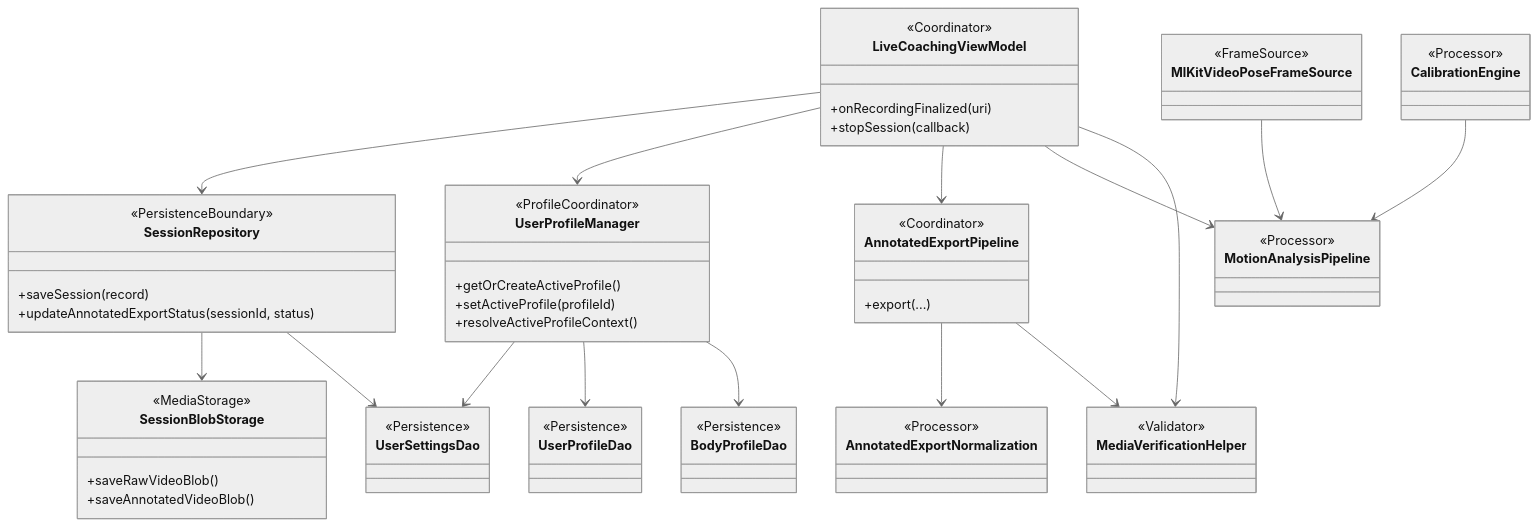
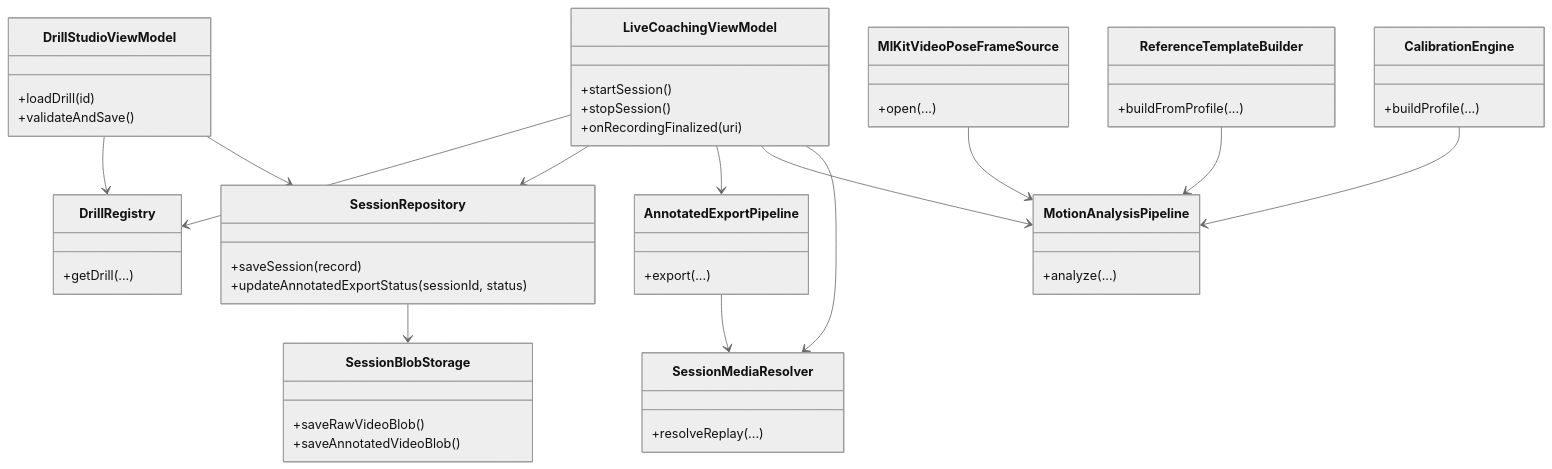
The diagram in docs/diagrams/class-diagram.md (Voycepeh/Handstand-App), drawn with Mermaid (neutral theme) before and after one commit. The commit also changed 14 other files, not shown here.

Commit message:
docs: realign repo docs and diagrams with current drill-centric workflows

````diff
--- a/docs/diagrams/class-diagram.md
+++ b/docs/diagrams/class-diagram.md
@@ -3,79 +3,54 @@
 ```mermaid
 classDiagram
-  class LiveCoachingViewModel {
-    <<Coordinator>>
-    +onRecordingFinalized(uri)
-    +stopSession(callback)
-  }
+    class LiveCoachingViewModel {
+      +startSession()
+      +stopSession()
+      +onRecordingFinalized(uri)
+    }
+    class DrillStudioViewModel {
+      +loadDrill(id)
+      +validateAndSave()
+    }
+    class SessionRepository {
+      +saveSession(record)
+      +updateAnnotatedExportStatus(sessionId, status)
+    }
+    class SessionBlobStorage {
+      +saveRawVideoBlob()
+      +saveAnnotatedVideoBlob()
+    }
+    class AnnotatedExportPipeline {
+      +export(...)
+    }
+    class SessionMediaResolver {
+      +resolveReplay(...)
+    }
+    class DrillRegistry {
+      +getDrill(...)
+    }
+    class ReferenceTemplateBuilder {
+      +buildFromProfile(...)
+    }
+    class MlKitVideoPoseFrameSource {
+      +open(...)
+    }
+    class MotionAnalysisPipeline {
+      +analyze(...)
+    }
+    class CalibrationEngine {
+      +buildProfile(...)
+    }
 
-  class SessionRepository {
-    <<PersistenceBoundary>>
-    +saveSession(record)
-    +updateAnnotatedExportStatus(sessionId, status)
-  }
-
-  class UserProfileManager {
-    <<ProfileCoordinator>>
-    +getOrCreateActiveProfile()
-    +setActiveProfile(profileId)
-    +resolveActiveProfileContext()
-  }
-
-  class UserSettingsDao {
-    <<Persistence>>
-  }
-
-  class UserProfileDao {
-    <<Persistence>>
-  }
-
-  class BodyProfileDao {
-    <<Persistence>>
-  }
-
-  class SessionBlobStorage {
-    <<MediaStorage>>
-    +saveRawVideoBlob()
-    +saveAnnotatedVideoBlob()
-  }
-
-  class AnnotatedExportPipeline {
-    <<Coordinator>>
-    +export(...)
-  }
-
-  class AnnotatedExportNormalization {
-    <<Processor>>
-  }
-
-  class MediaVerificationHelper {
-    <<Validator>>
-  }
-
-  class MlKitVideoPoseFrameSource {
-    <<FrameSource>>
-  }
-
-  class MotionAnalysisPipeline {
-    <<Processor>>
-  }
-
-  class CalibrationEngine {
-    <<Processor>>
-  }
-
-  LiveCoachingViewModel --> SessionRepository
-  LiveCoachingViewModel --> UserProfileManager
-  LiveCoachingViewModel --> AnnotatedExportPipeline
-  LiveCoachingViewModel --> MotionAnalysisPipeline
-  LiveCoachingViewModel --> MediaVerificationHelper
-  SessionRepository --> SessionBlobStorage
-  SessionRepository --> UserSettingsDao
-  UserProfileManager --> UserSettingsDao
-  UserProfileManager --> UserProfileDao
-  UserProfileManager --> BodyProfileDao
-  AnnotatedExportPipeline --> AnnotatedExportNormalization
-  AnnotatedExportPipeline --> MediaVerificationHelper
-  MlKitVideoPoseFrameSource --> MotionAnalysisPipeline
-  CalibrationEngine --> MotionAnalysisPipeline
+    LiveCoachingViewModel --> DrillRegistry
+    LiveCoachingViewModel --> SessionRepository
+    LiveCoachingViewModel --> AnnotatedExportPipeline
+    LiveCoachingViewModel --> MotionAnalysisPipeline
+    LiveCoachingViewModel --> SessionMediaResolver
+    DrillStudioViewModel --> DrillRegistry
+    DrillStudioViewModel --> SessionRepository
+    SessionRepository --> SessionBlobStorage
+    AnnotatedExportPipeline --> SessionMediaResolver
+    MlKitVideoPoseFrameSource --> MotionAnalysisPipeline
+    ReferenceTemplateBuilder --> MotionAnalysisPipeline
+    CalibrationEngine --> MotionAnalysisPipeline
 ```
````
